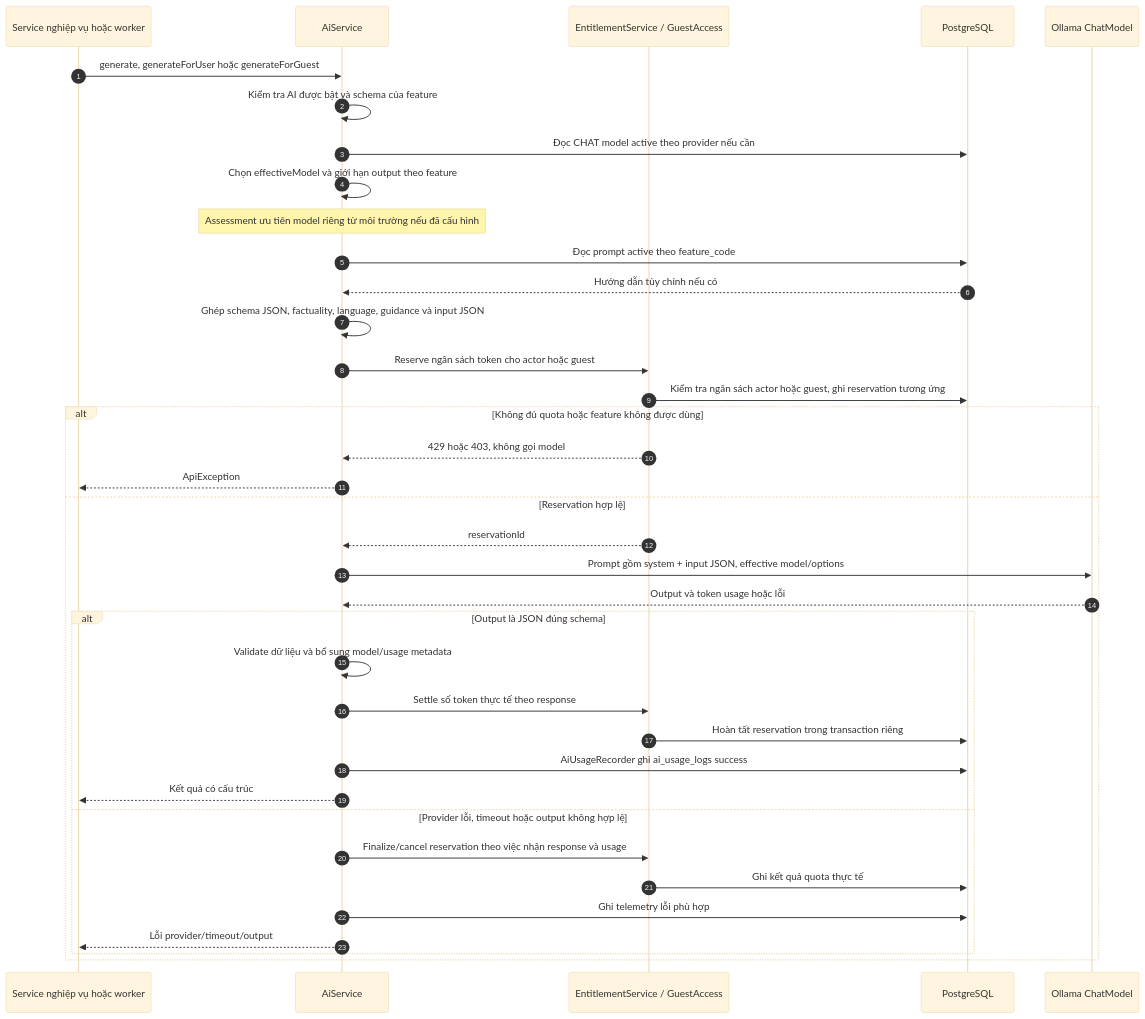
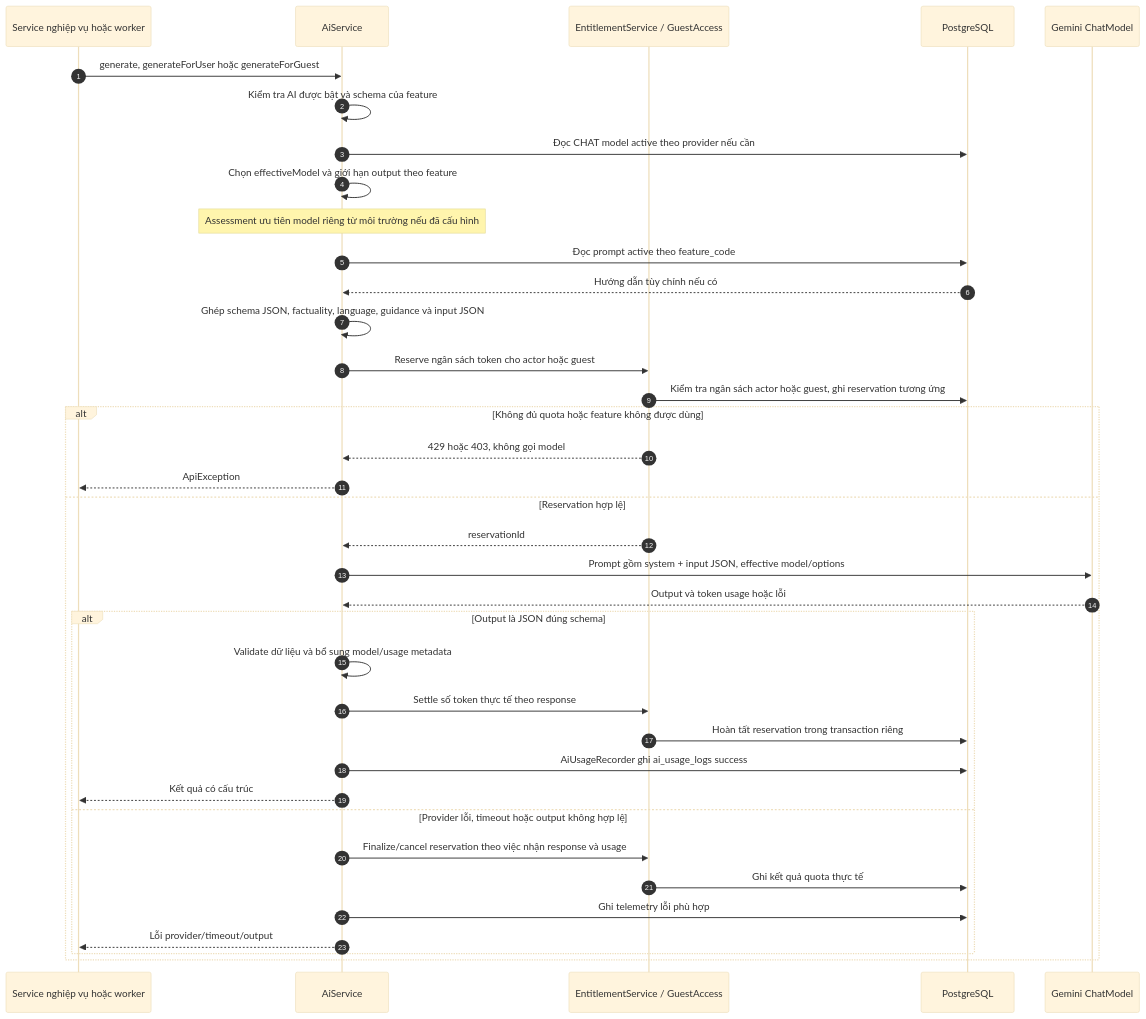
The diagram in docs/diagrams/sequence/sd-13-sequence.mmd (Quangtr04/Intelligent-CV-Matching-AI-Agent-BE), drawn with Mermaid (base theme) before and after one commit. The commit also changed 128 other files, not shown here.

```diff
--- a/docs/diagrams/sequence/sd-13-sequence.mmd
+++ b/docs/diagrams/sequence/sd-13-sequence.mmd
@@ -1,38 +1,38 @@
 sequenceDiagram
     autonumber
     participant Service as Service nghiệp vụ hoặc worker
     participant AI as AiService
     participant Quota as EntitlementService / GuestAccess
     participant DB as PostgreSQL
-    participant Model as Ollama ChatModel
+    participant Model as Gemini ChatModel
 
     Service->>AI: generate, generateForUser hoặc generateForGuest
     AI->>AI: Kiểm tra AI được bật và schema của feature
     AI->>DB: Đọc CHAT model active theo provider nếu cần
     AI->>AI: Chọn effectiveModel và giới hạn output theo feature
     Note over AI: Assessment ưu tiên model riêng từ môi trường nếu đã cấu hình
     AI->>DB: Đọc prompt active theo feature_code
     DB-->>AI: Hướng dẫn tùy chỉnh nếu có
     AI->>AI: Ghép schema JSON, factuality, language, guidance và input JSON
     AI->>Quota: Reserve ngân sách token cho actor hoặc guest
     Quota->>DB: Kiểm tra ngân sách actor hoặc guest, ghi reservation tương ứng
     alt Không đủ quota hoặc feature không được dùng
         Quota-->>AI: 429 hoặc 403, không gọi model
         AI-->>Service: ApiException
     else Reservation hợp lệ
         Quota-->>AI: reservationId
         AI->>Model: Prompt gồm system + input JSON, effective model/options
         Model-->>AI: Output và token usage hoặc lỗi
         alt Output là JSON đúng schema
             AI->>AI: Validate dữ liệu và bổ sung model/usage metadata
             AI->>Quota: Settle số token thực tế theo response
             Quota->>DB: Hoàn tất reservation trong transaction riêng
             AI->>DB: AiUsageRecorder ghi ai_usage_logs success
             AI-->>Service: Kết quả có cấu trúc
         else Provider lỗi, timeout hoặc output không hợp lệ
             AI->>Quota: Finalize/cancel reservation theo việc nhận response và usage
             Quota->>DB: Ghi kết quả quota thực tế
             AI->>DB: Ghi telemetry lỗi phù hợp
             AI-->>Service: Lỗi provider/timeout/output
         end
     end
```
